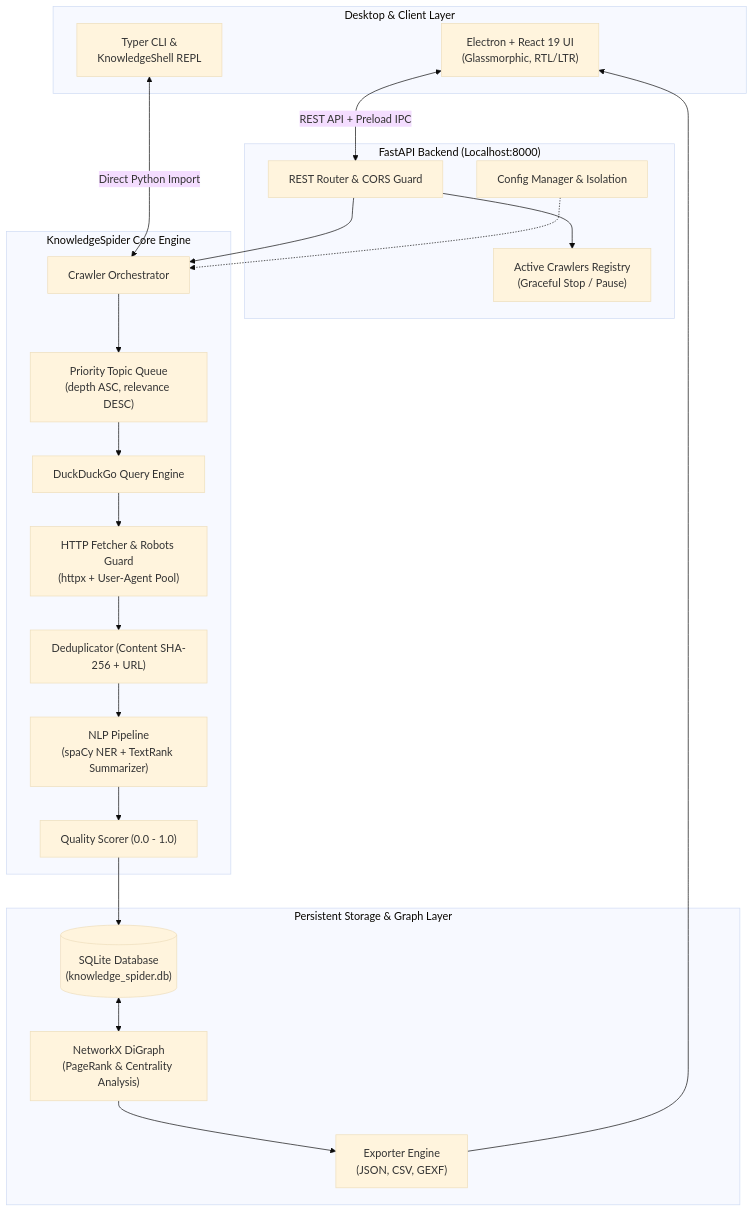
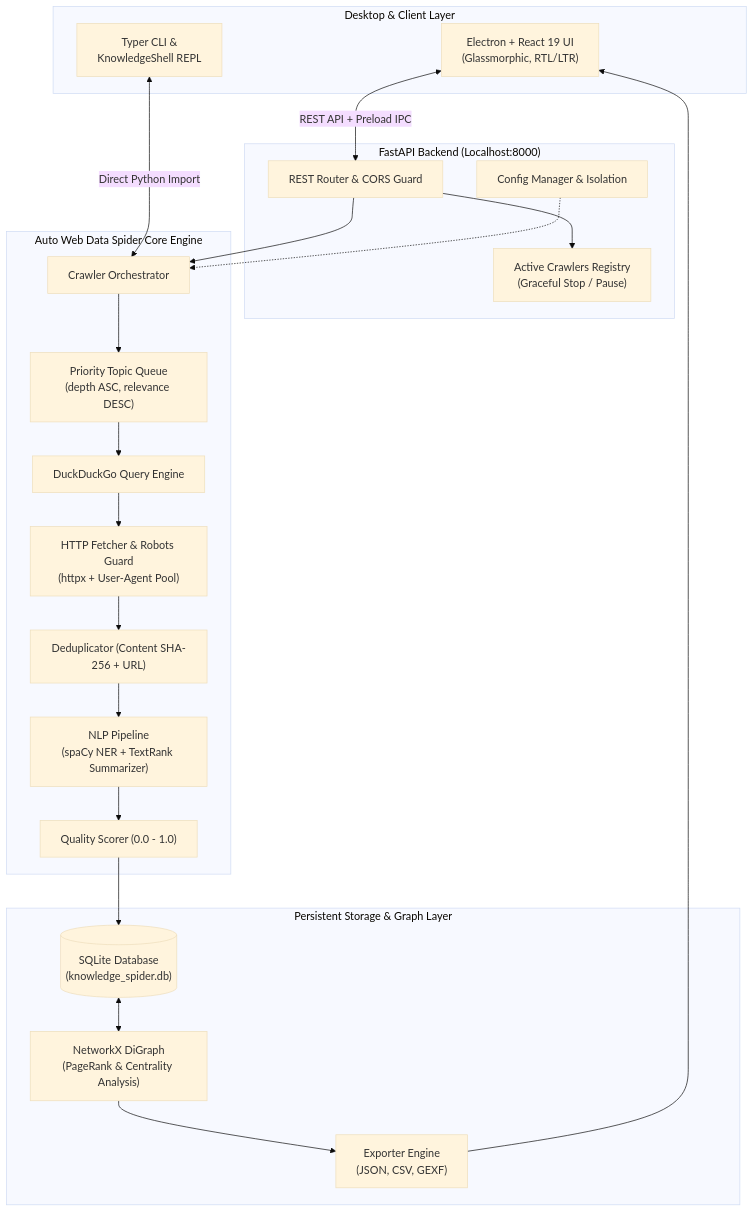
One commit to mohammed18salah/auto-web-data-spider changed the second of 2 diagrams in README.md. Above: the diagram before and after it, drawn with Mermaid (base theme). The commit also changed other lines of this file and 4 other files, not shown here.

Commit message:
refactor(branding): rename project to auto-web-data-spider across backend, frontend, and documentation

````diff
--- a/README.md
+++ b/README.md
@@ -205,46 +205,46 @@
 ```mermaid
 flowchart TD
     subgraph UI ["Desktop & Client Layer"]
         GUI["Electron + React 19 UI<br/>(Glassmorphic, RTL/LTR)"]
         CLI["Typer CLI &<br/>KnowledgeShell REPL"]
     end
 
     subgraph API ["FastAPI Backend (Localhost:8000)"]
         Router["REST Router & CORS Guard"]
         Reg["Active Crawlers Registry<br/>(Graceful Stop / Pause)"]
         CfgMgr["Config Manager & Isolation"]
     end
 
-    subgraph Engine ["KnowledgeSpider Core Engine"]
+    subgraph Engine ["Auto Web Data Spider Core Engine"]
         Orch["Crawler Orchestrator"]
         Q["Priority Topic Queue<br/>(depth ASC, relevance DESC)"]
         SE["DuckDuckGo Query Engine"]
         Fetch["HTTP Fetcher & Robots Guard<br/>(httpx + User-Agent Pool)"]
         Dedup["Deduplicator (Content SHA-256 + URL)"]
         NLP["NLP Pipeline<br/>(spaCy NER + TextRank Summarizer)"]
         Score["Quality Scorer (0.0 - 1.0)"]
     end
 
     subgraph Storage ["Persistent Storage & Graph Layer"]
         DB[("SQLite Database<br/>(knowledge_spider.db)")]
         KG["NetworkX DiGraph<br/>(PageRank & Centrality Analysis)"]
         Exp["Exporter Engine<br/>(JSON, CSV, GEXF)"]
     end
 
     GUI <-->|REST API + Preload IPC| Router
     CLI <-->|Direct Python Import| Orch
     Router --> Reg
     Router --> Orch
     CfgMgr -.-> Orch
 
     Orch --> Q
     Q --> SE
     SE --> Fetch
     Fetch --> Dedup
     Dedup --> NLP
     NLP --> Score
     Score --> DB
     DB <--> KG
     KG --> Exp
     Exp --> GUI
 ```
````
